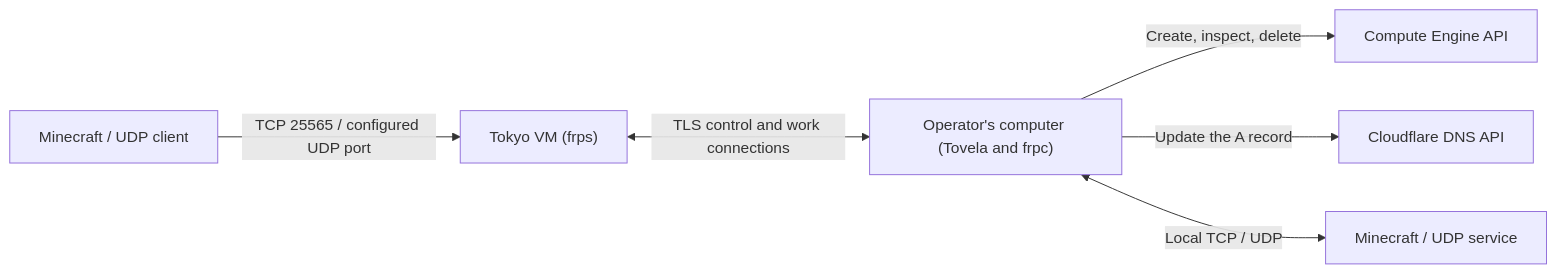
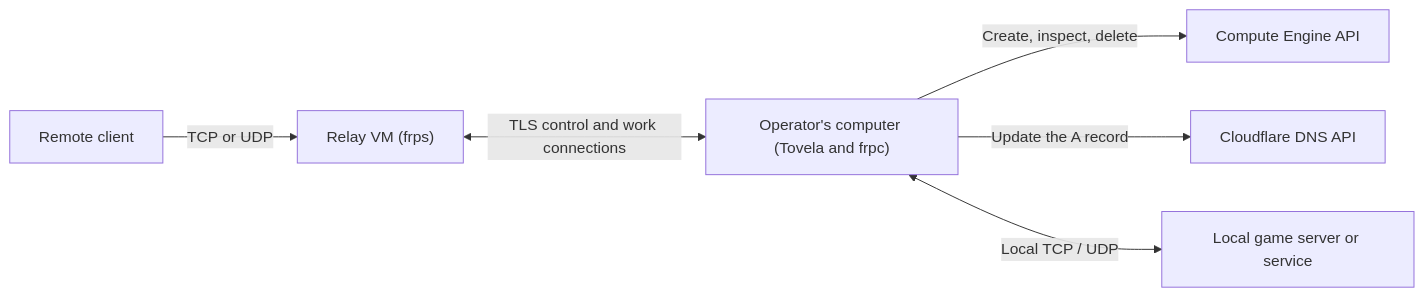
One commit to sya-ri/tovela changed the diagram in docs/design.md. Above: the diagram before and after it, drawn with Mermaid. The commit also changed other lines of this file and 42 other files, not shown here.

````diff
--- a/docs/design.md
+++ b/docs/design.md
@@ -7,8 +7,8 @@
 ```mermaid
 flowchart LR
-    Player["Minecraft / UDP client"] -->|"TCP 25565 / configured UDP port"| VM["Tokyo VM (frps)"]
+    Client["Remote client"] -->|"TCP or UDP"| VM["Relay VM (frps)"]
     VM <-->|"TLS control and work connections"| Local["Operator's computer (Tovela and frpc)"]
     Local -->|"Create, inspect, delete"| GCE["Compute Engine API"]
     Local -->|"Update the A record"| DNS["Cloudflare DNS API"]
-    Local <-->|"Local TCP / UDP"| Server["Minecraft / UDP service"]
+    Local <-->|"Local TCP / UDP"| Server["Local game server or service"]
 ```
````
